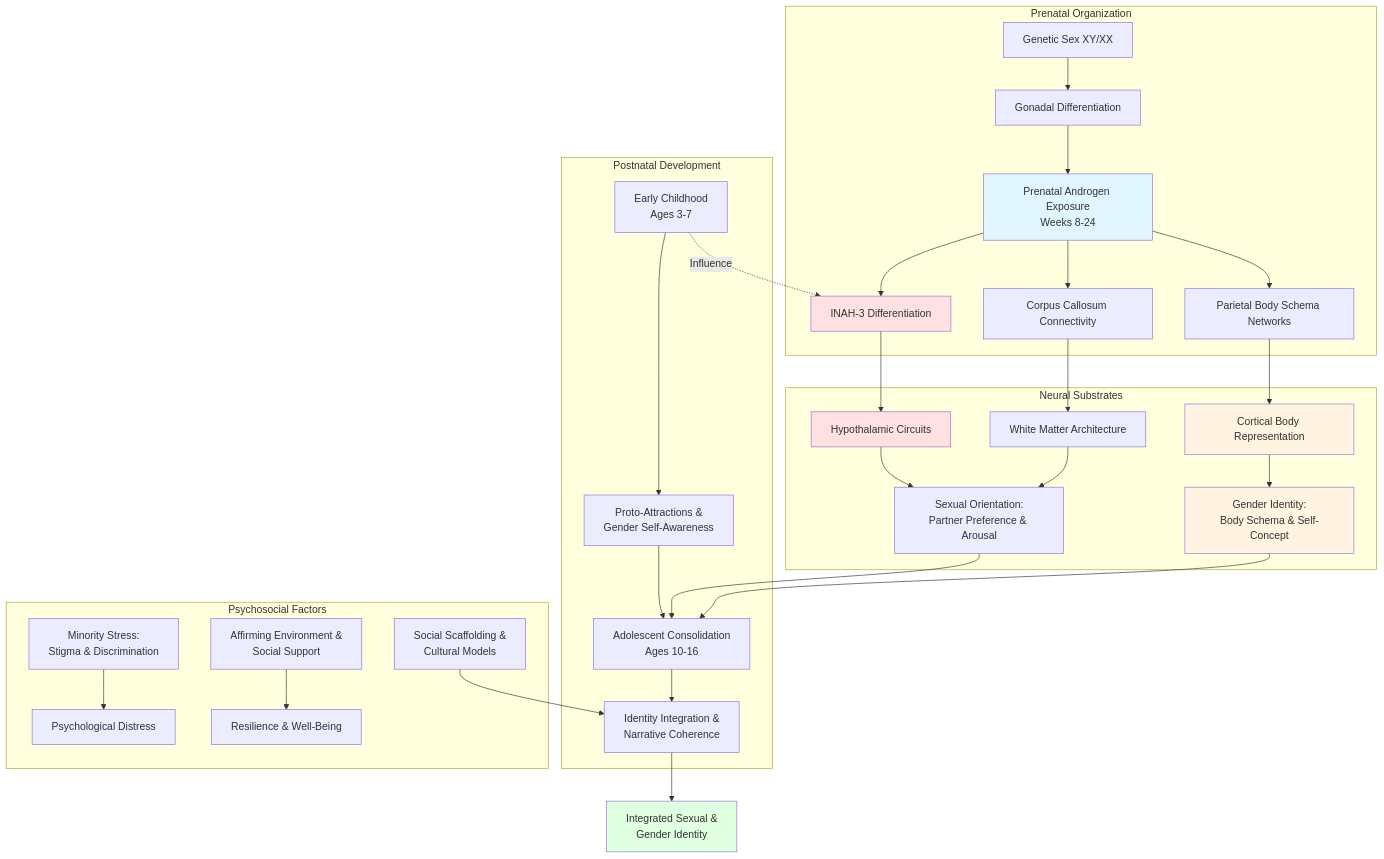
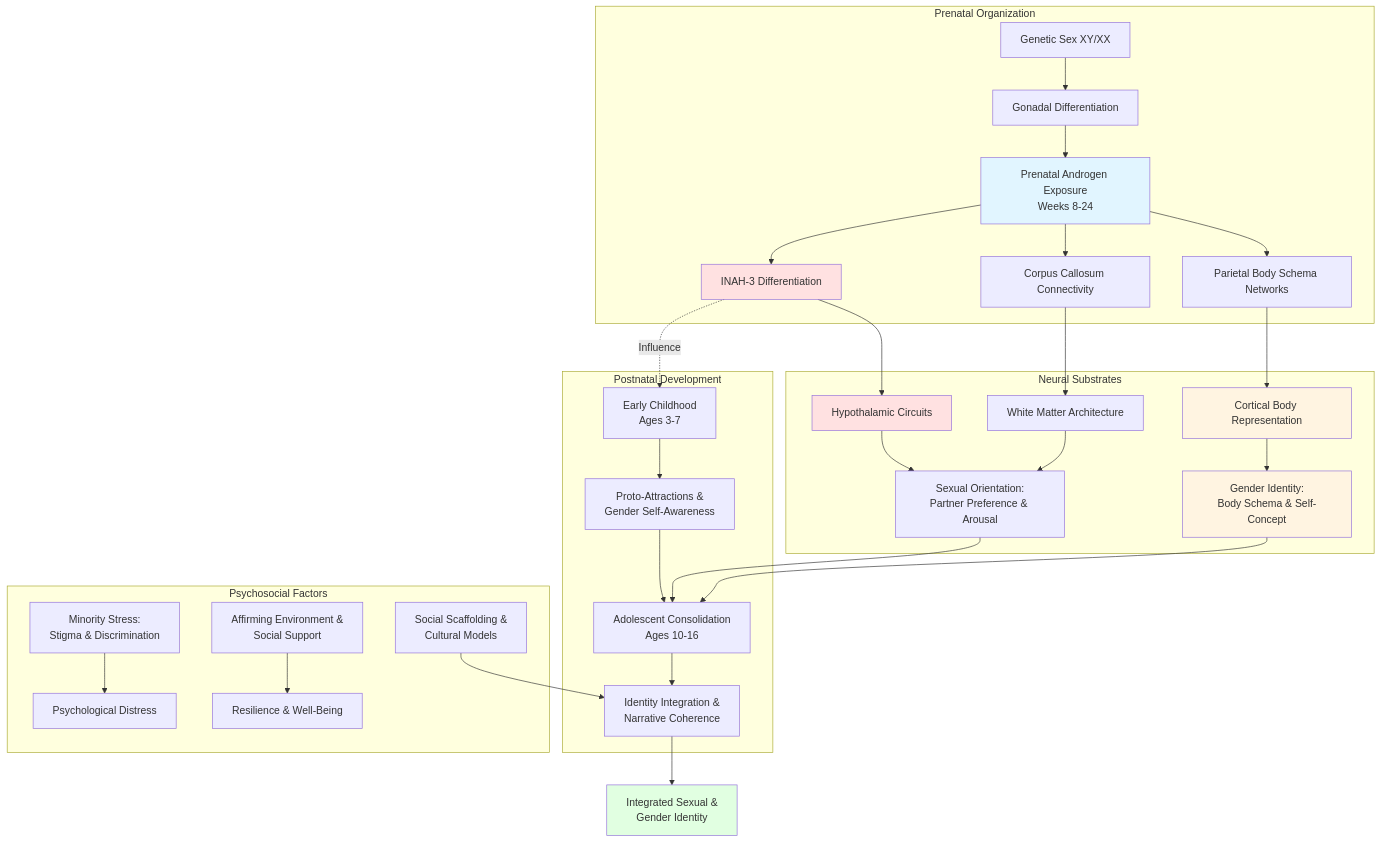
Before and after one commit to blebleblee/synapse: the diagram in topics/health_sciences/medicine/human_sexuality/lesson_04_sexual_orientation_gender_identity.md, drawn with Mermaid. The commit also changed 187 other files, not shown here.

````diff
--- a/topics/health_sciences/medicine/human_sexuality/lesson_04_sexual_orientation_gender_identity.md
+++ b/topics/health_sciences/medicine/human_sexuality/lesson_04_sexual_orientation_gender_identity.md
@@ -29,43 +29,43 @@
 ```mermaid
 graph TB
     subgraph sub_prenatal_organization ["Prenatal Organization"]
         A["Genetic Sex XY/XX"] --> B[Gonadal Differentiation]
         B --> C["Prenatal Androgen Exposure<br/>Weeks 8-24"]
         C --> D[INAH-3 Differentiation]
         C --> E[Corpus Callosum Connectivity]
         C --> F[Parietal Body Schema Networks]
     end
     
     subgraph sub_postnatal_development ["Postnatal Development"]
         G["Early Childhood<br/>Ages 3-7"] --> H["Proto-Attractions &<br/>Gender Self-Awareness"]
         H --> I["Adolescent Consolidation<br/>Ages 10-16"]
         I --> J["Identity Integration &<br/>Narrative Coherence"]
     end
     
     subgraph sub_neural_substrates ["Neural Substrates"]
         D --> K[Hypothalamic Circuits]
         E --> L[White Matter Architecture]
         F --> M[Cortical Body Representation]
         K --> N["Sexual Orientation:<br/>Partner Preference & Arousal"]
         L --> N
         M --> O["Gender Identity:<br/>Body Schema & Self-Concept"]
     end
     
     subgraph sub_psychosocial_factors ["Psychosocial Factors"]
         P["Social Scaffolding &<br/>Cultural Models"] --> J
         Q["Minority Stress:<br/>Stigma & Discrimination"] --> R[Psychological Distress]
         S["Affirming Environment &<br/>Social Support"] --> T["Resilience & Well-Being"]
     end
     
-    G -.Influence.-> D
+    D -.Influence.-> G
     N --> I
     O --> I
     J --> U["Integrated Sexual &<br/>Gender Identity"]
     
     style C fill:#e1f5ff
     style D fill:#ffe1e1
     style K fill:#ffe1e1
     style M fill:#fff4e1
     style O fill:#fff4e1
     style U fill:#e1ffe1
 ```
````
